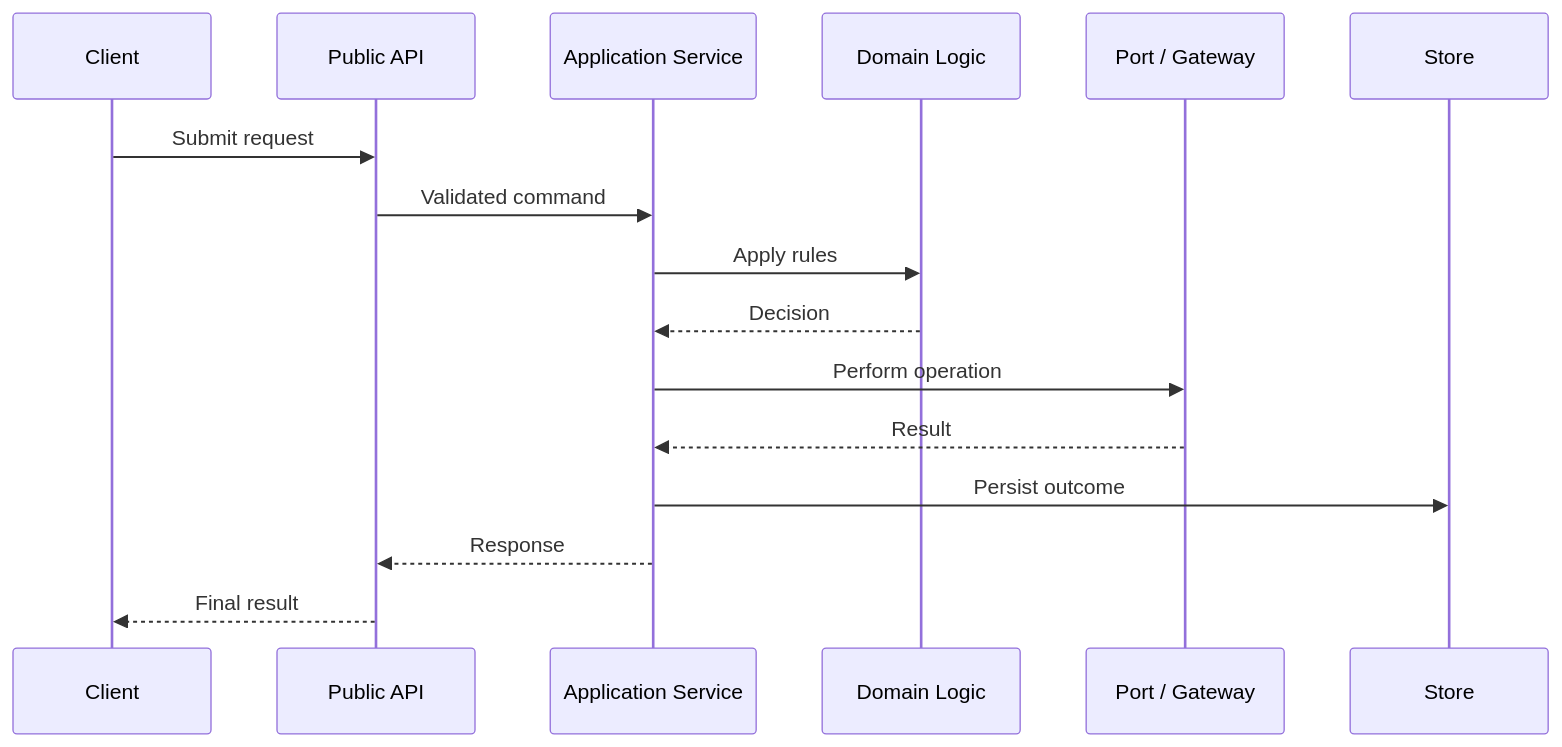
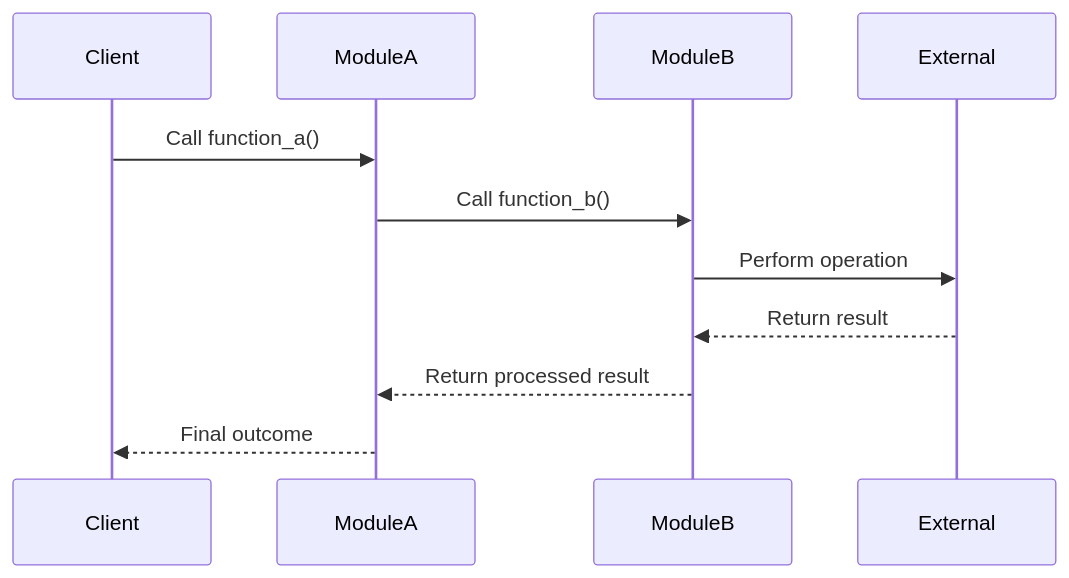
The fourth of 4 diagrams in docs/templates/README.md (haruperi/HaruQuantAI), drawn with Mermaid before and after one commit. The commit also changed other lines of this file and 49 other files, not shown here.

````diff
--- a/docs/templates/README.md
+++ b/docs/templates/README.md
@@ -163,19 +201,14 @@
 ```mermaid
 sequenceDiagram
     participant Client
-    participant API as Public API
-    participant Service as Application Service
-    participant Domain as Domain Logic
-    participant Port as Port / Gateway
-    participant Store
+    participant ModuleA
+    participant ModuleB
+    participant External
 
-    Client->>API: Submit request
-    API->>Service: Validated command
-    Service->>Domain: Apply rules
-    Domain-->>Service: Decision
-    Service->>Port: Perform operation
-    Port-->>Service: Result
-    Service->>Store: Persist outcome
-    Service-->>API: Response
-    API-->>Client: Final result
+    Client->>ModuleA: Call function_a()
+    ModuleA->>ModuleB: Call function_b()
+    ModuleB->>External: Perform operation
+    External-->>ModuleB: Return result
+    ModuleB-->>ModuleA: Return processed result
+    ModuleA-->>Client: Final outcome
 ```
````
